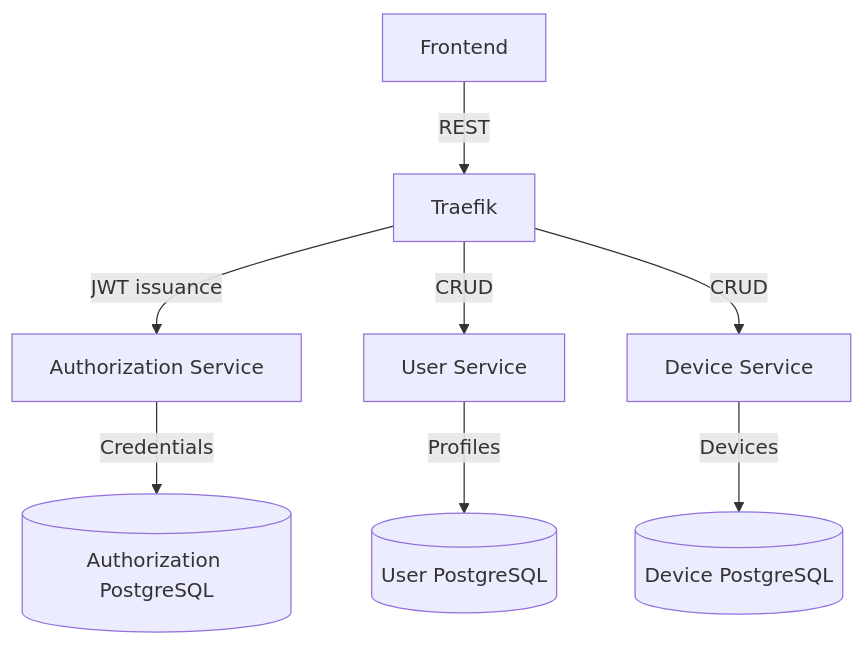
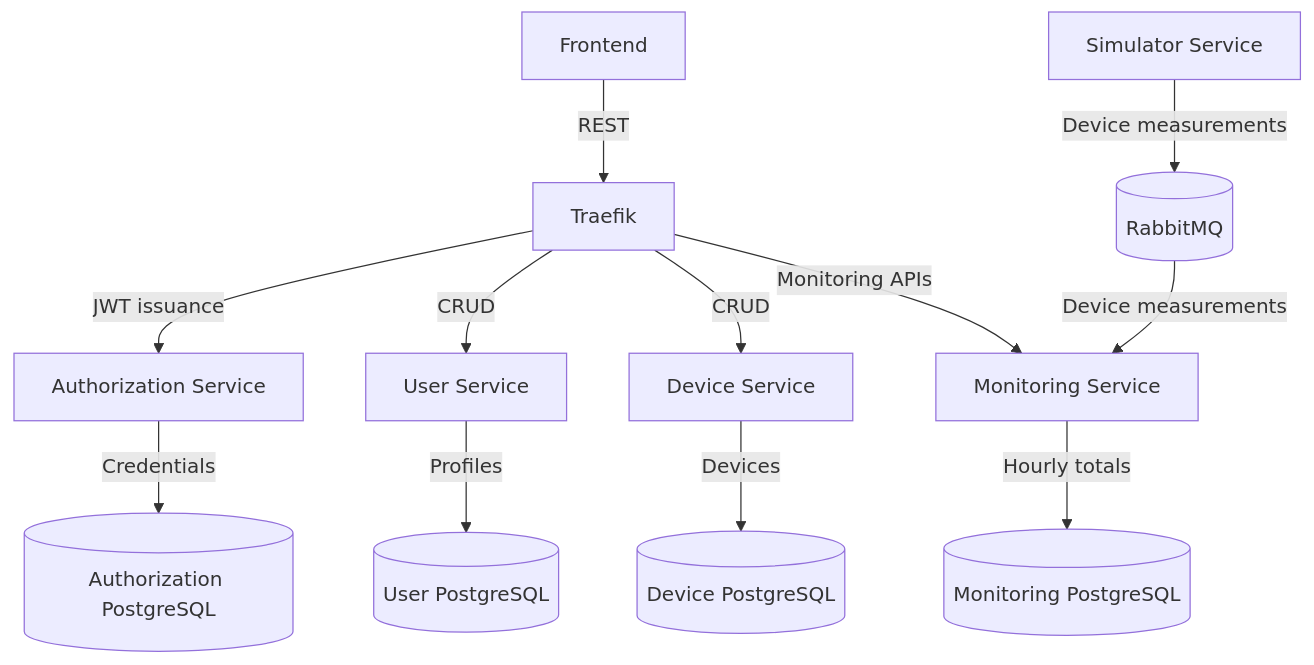
Before and after one commit to razvanrsx/test: the diagram in docs/architecture.md, drawn with Mermaid. The commit also changed other lines of this file and 23 other files, not shown here.

Commit message:
Add monitoring and simulator services with RabbitMQ

````diff
--- a/docs/architecture.md
+++ b/docs/architecture.md
@@ -5,11 +5,15 @@
 ```mermaid
 flowchart TD
     FE[Frontend]
     FE -->|REST| TR[Traefik]
     TR -->|JWT issuance| AUTH[Authorization Service]
     TR -->|CRUD| USER[User Service]
     TR -->|CRUD| DEVICE[Device Service]
+    TR -->|Monitoring APIs| MON[Monitoring Service]
     AUTH -->|Credentials| CredStore[(Authorization PostgreSQL)]
     USER -->|Profiles| UserStore[(User PostgreSQL)]
     DEVICE -->|Devices| DeviceStore[(Device PostgreSQL)]
+    MON -->|Hourly totals| MonStore[(Monitoring PostgreSQL)]
+    SIM[Simulator Service] -->|Device measurements| MQ[(RabbitMQ)]
+    MQ -->|Device measurements| MON
 ```
````
